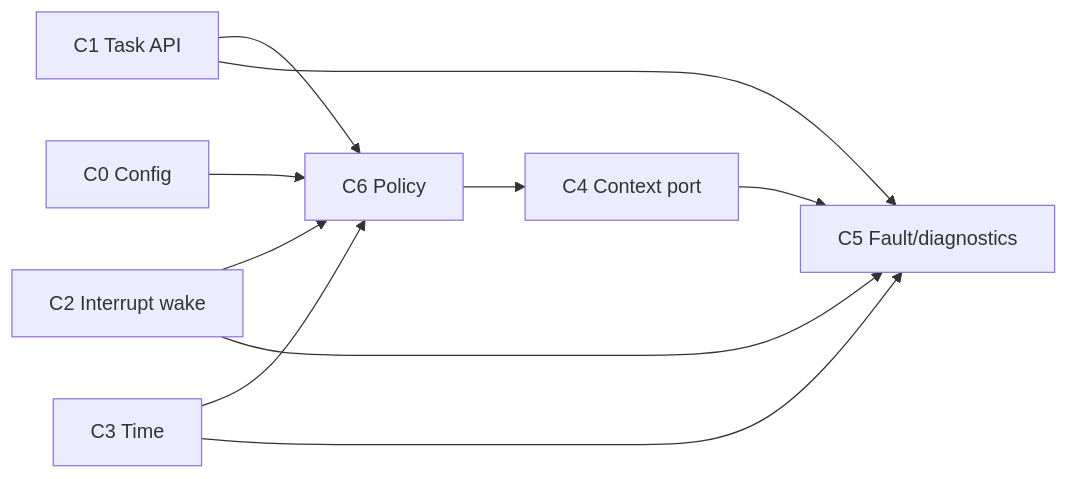
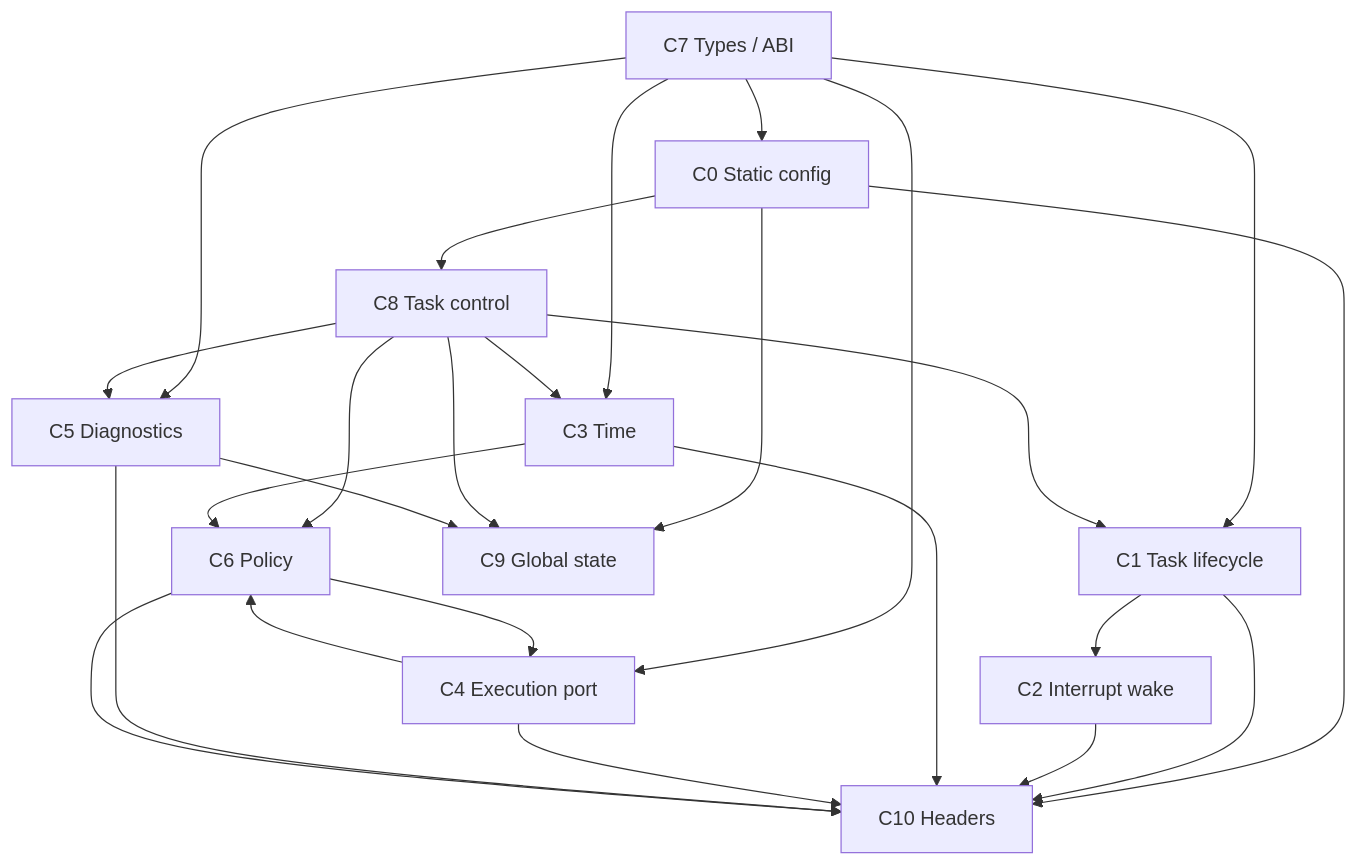
Before and after one commit to tumblewhead/arghtos: the diagram in architecture/contracts/index.md, drawn with Mermaid. The commit also changed other lines of this file, not shown here.

````diff
--- a/architecture/contracts/index.md
+++ b/architecture/contracts/index.md
@@ -11,12 +18,31 @@
 ```mermaid
-flowchart LR
-  C0["C0 Config"] --> C6["C6 Policy"]
-  C1["C1 Task API"] --> C6
-  C2["C2 Interrupt wake"] --> C6
-  C3["C3 Time"] --> C6
-  C6 --> C4["C4 Context port"]
-  C1 --> C5["C5 Fault/diagnostics"]
-  C2 --> C5
-  C3 --> C5
-  C4 --> C5
+flowchart TB
+  C7["C7 Types / ABI"] --> C0["C0 Static config"]
+  C7 --> C1["C1 Task lifecycle"]
+  C7 --> C3["C3 Time"]
+  C7 --> C4["C4 Execution port"]
+  C7 --> C5["C5 Diagnostics"]
+
+  C0 --> C8["C8 Task control"]
+  C8 --> C1
+  C8 --> C3
+  C8 --> C5
+  C8 --> C6["C6 Policy"]
+
+  C1 --> C2["C2 Interrupt wake"]
+  C3 --> C6
+  C4 --> C6
+  C6 --> C4
+
+  C0 --> C9["C9 Global state"]
+  C8 --> C9
+  C5 --> C9
+
+  C0 --> C10["C10 Headers"]
+  C1 --> C10
+  C2 --> C10
+  C3 --> C10
+  C4 --> C10
+  C5 --> C10
+  C6 --> C10
 ```
````
